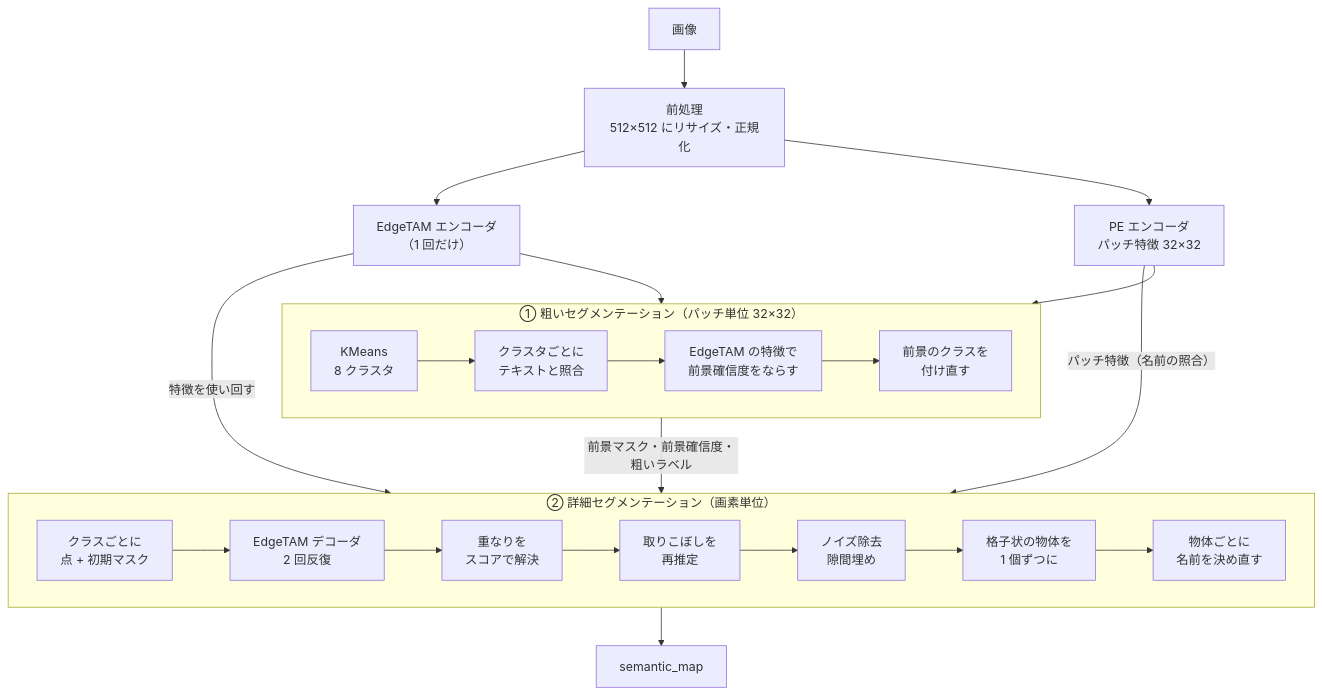
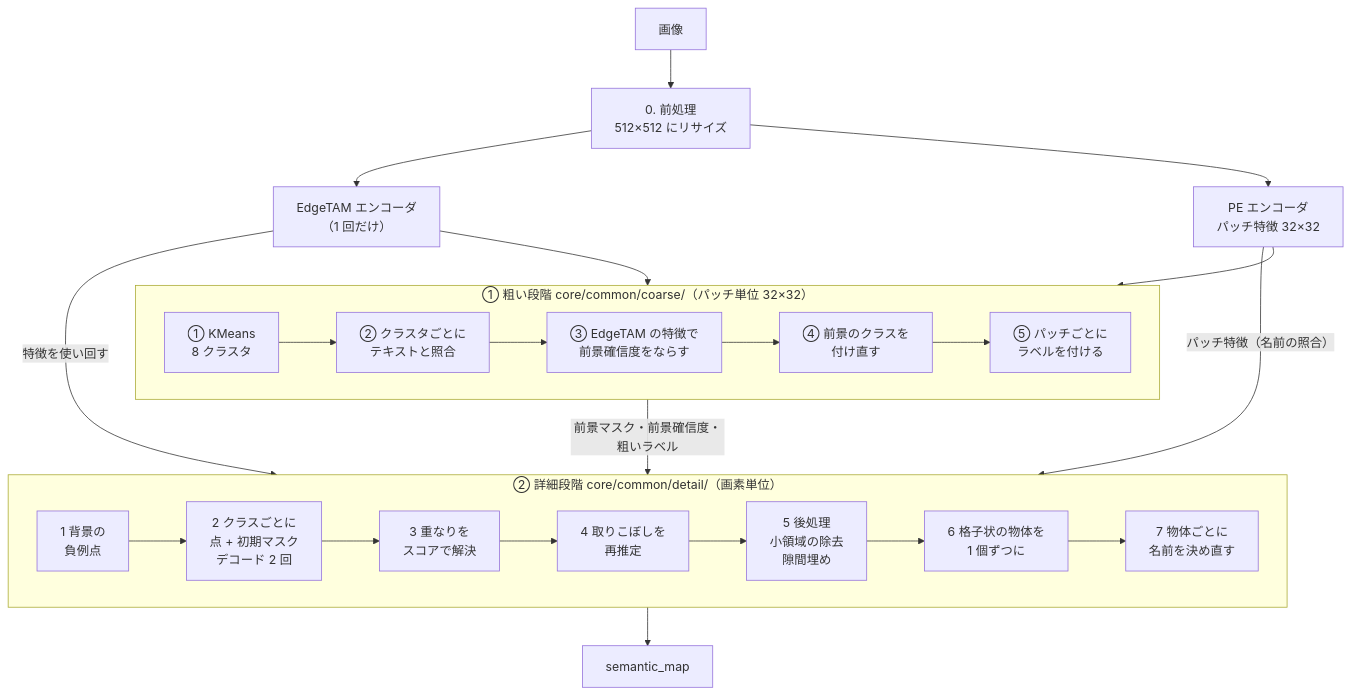
Before and after one commit to fklg-64/pe_anything_detect: the first of 2 diagrams in docs/overview.md, drawn with Mermaid. The commit also changed other lines of this file and 122 other files, not shown here.

````diff
--- a/docs/overview.md
+++ b/docs/overview.md
@@ -32,30 +36,31 @@
 ```mermaid
 flowchart TD
-    IMG["画像"] --> PRE["前処理<br/>512×512 にリサイズ・正規化"]
+    IMG["画像"] --> PRE["0. 前処理<br/>512×512 にリサイズ"]
     PRE --> ET["EdgeTAM エンコーダ<br/>（1 回だけ）"]
     PRE --> PE["PE エンコーダ<br/>パッチ特徴 32×32"]
 
-    subgraph C["① 粗いセグメンテーション（パッチ単位 32×32）"]
+    subgraph C["① 粗い段階 core/common/coarse/（パッチ単位 32×32）"]
         direction LR
-        C1["KMeans<br/>8 クラスタ"] --> C2["クラスタごとに<br/>テキストと照合"]
-        C2 --> C3["EdgeTAM の特徴で<br/>前景確信度をならす"]
-        C3 --> C4["前景のクラスを<br/>付け直す"]
+        C1["① KMeans<br/>8 クラスタ"] --> C2["② クラスタごとに<br/>テキストと照合"]
+        C2 --> C3["③ EdgeTAM の特徴で<br/>前景確信度をならす"]
+        C3 --> C4["④ 前景のクラスを<br/>付け直す"]
+        C4 --> C5["⑤ パッチごとに<br/>ラベルを付ける"]
     end
 
-    subgraph R["② 詳細セグメンテーション（画素単位）"]
+    subgraph R["② 詳細段階 core/common/detail/（画素単位）"]
         direction LR
-        R1["クラスごとに<br/>点 + 初期マスク"] --> R2["EdgeTAM デコーダ<br/>2 回反復"]
-        R2 --> R3["重なりを<br/>スコアで解決"]
-        R3 --> R4["取りこぼしを<br/>再推定"]
-        R4 --> R5["ノイズ除去<br/>隙間埋め"]
-        R5 --> R6["格子状の物体を<br/>1 個ずつに"]
-        R6 --> R7["物体ごとに<br/>名前を決め直す"]
+        R1["1 背景の<br/>負例点"] --> R2["2 クラスごとに<br/>点 + 初期マスク<br/>デコード 2 回"]
+        R2 --> R3["3 重なりを<br/>スコアで解決"]
+        R3 --> R4["4 取りこぼしを<br/>再推定"]
+        R4 --> R5["5 後処理<br/>小領域の除去<br/>隙間埋め"]
+        R5 --> R6["6 格子状の物体を<br/>1 個ずつに"]
+        R6 --> R7["7 物体ごとに<br/>名前を決め直す"]
     end
 
     PE --> C
     ET --> C3
     C -->|"前景マスク・前景確信度・粗いラベル"| R
     ET -->|"特徴を使い回す"| R
     PE -->|"パッチ特徴（名前の照合）"| R7
     R --> OUT["semantic_map"]
 ```
````
